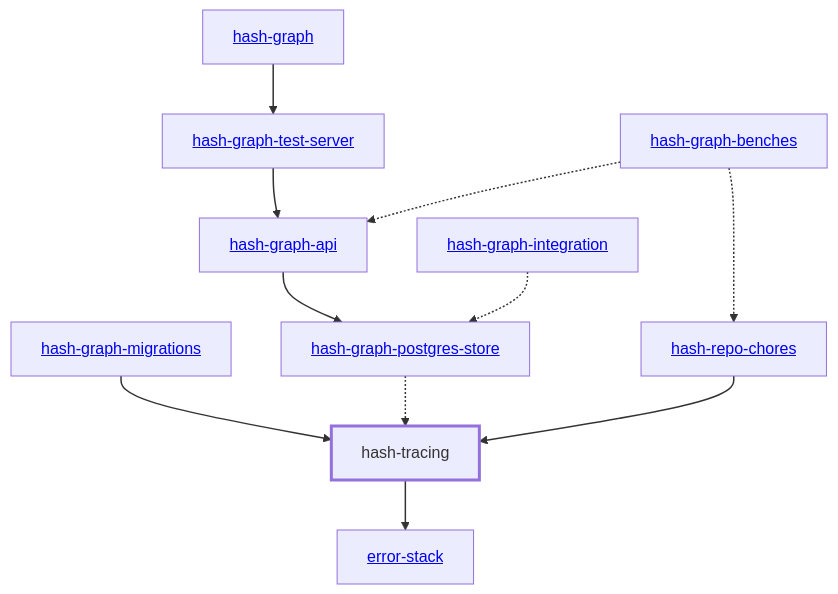
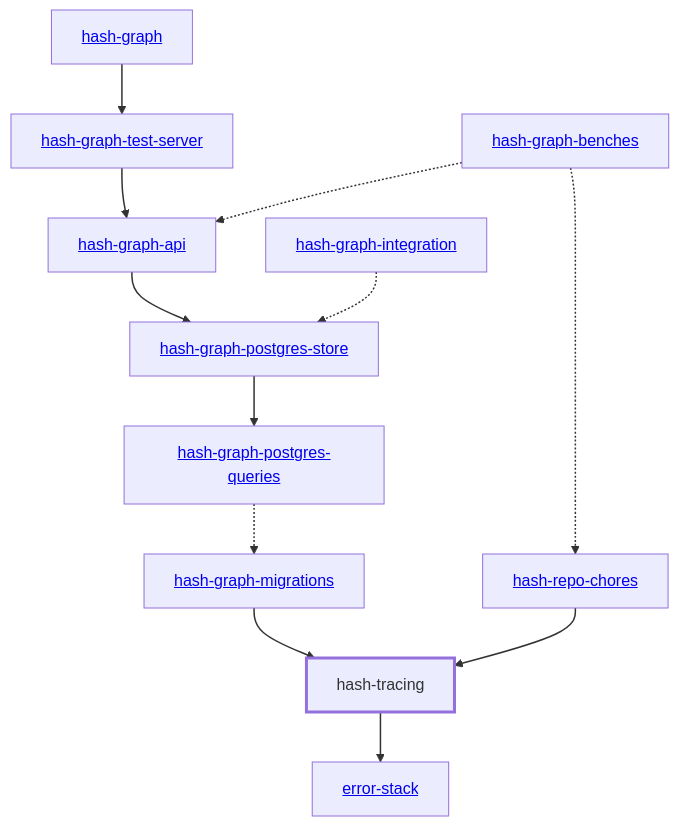
Before and after one commit to hashintel/hash: the diagram in libs/@local/tracing/docs/dependency-diagram.mmd, drawn with Mermaid. The commit also changed 11 other files, not shown here.

```diff
--- a/libs/@local/tracing/docs/dependency-diagram.mmd
+++ b/libs/@local/tracing/docs/dependency-diagram.mmd
@@ -1,31 +1,33 @@
 graph TD
     linkStyle default stroke-width:1.5px
     classDef default stroke-width:1px
     classDef root stroke-width:3px
     classDef dev stroke-width:1px
     classDef build stroke-width:1px
     %% Legend
     %% --> : Normal dependency
     %% -.-> : Dev dependency
     %% ---> : Build dependency
     0[<a href="../hash_graph">hash-graph</a>]
     1[<a href="../hash_graph_api">hash-graph-api</a>]
     2[<a href="../hash_graph_migrations">hash-graph-migrations</a>]
-    3[<a href="../hash_graph_postgres_store">hash-graph-postgres-store</a>]
-    4[<a href="../hash_graph_test_server">hash-graph-test-server</a>]
-    5[<a href="../hash_repo_chores">hash-repo-chores</a>]
-    6[hash-tracing]
-    class 6 root
-    7[<a href="../error_stack">error-stack</a>]
-    8[<a href="../hash_graph_benches">hash-graph-benches</a>]
-    9[<a href="../hash_graph_integration">hash-graph-integration</a>]
-    0 --> 4
-    1 --> 3
-    2 --> 6
-    3 -.-> 6
-    4 --> 1
-    5 --> 6
+    3[<a href="../hash_graph_postgres_queries">hash-graph-postgres-queries</a>]
+    4[<a href="../hash_graph_postgres_store">hash-graph-postgres-store</a>]
+    5[<a href="../hash_graph_test_server">hash-graph-test-server</a>]
+    6[<a href="../hash_repo_chores">hash-repo-chores</a>]
+    7[hash-tracing]
+    class 7 root
+    8[<a href="../error_stack">error-stack</a>]
+    9[<a href="../hash_graph_benches">hash-graph-benches</a>]
+    10[<a href="../hash_graph_integration">hash-graph-integration</a>]
+    0 --> 5
+    1 --> 4
+    2 --> 7
+    3 -.-> 2
+    4 --> 3
+    5 --> 1
     6 --> 7
-    8 -.-> 1
-    8 -.-> 5
-    9 -.-> 3
+    7 --> 8
+    9 -.-> 1
+    9 -.-> 6
+    10 -.-> 4
```
